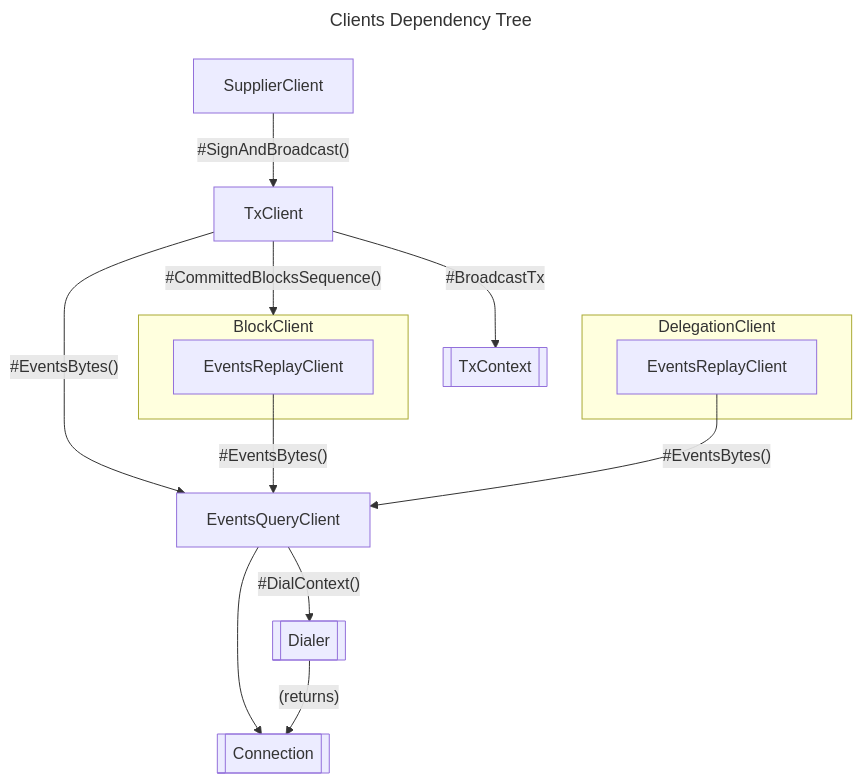
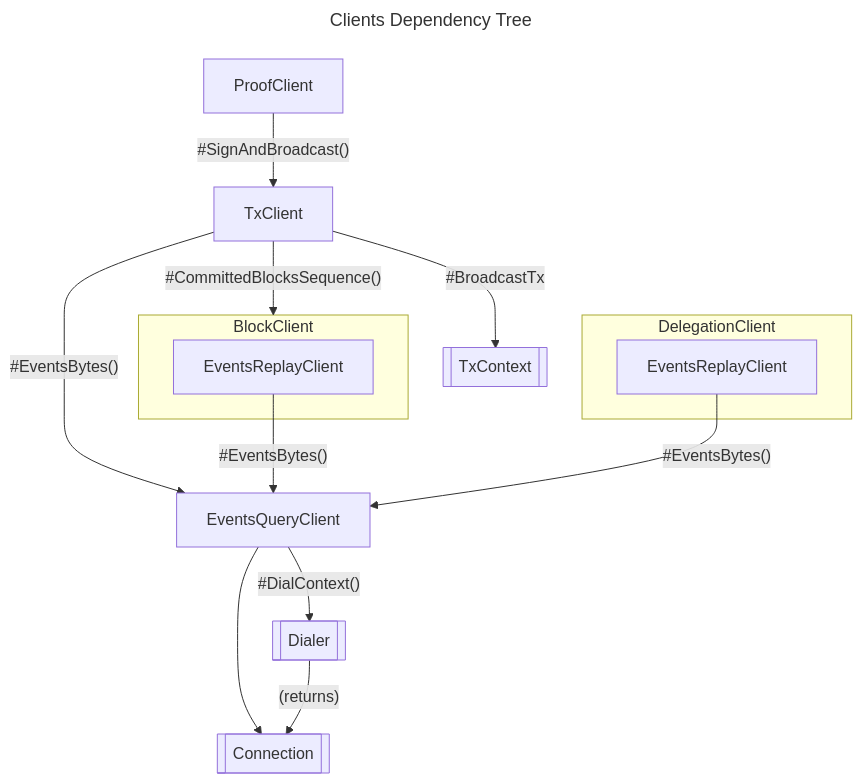
One commit to pokt-network/poktroll changed the second of 3 diagrams in docusaurus/docs/develop/packages/client_package.md. Above: the diagram before and after it, drawn with Mermaid. The commit also changed other lines of this file, not shown here.

Commit message:
docs: update client package docs

````diff
--- a/docusaurus/docs/develop/packages/client_package.md
+++ b/docusaurus/docs/develop/packages/client_package.md
@@ -60,27 +60,27 @@
 ```mermaid
 ---
 title: Clients Dependency Tree
 ---
 flowchart
-sup[SupplierClient]
+proof[ProofClient]
 tx[TxClient]
 txctx[[TxContext]]
 subgraph bl[BlockClient]
     bl_evt_replay[EventsReplayClient]
 end
 subgraph del[DelegationClient]
     del_evt_replay[EventsReplayClient]
 end
 evt[EventsQueryClient]
 conn[[Connection]]
 dial[[Dialer]]
-sup --"#SignAndBroadcast()"--> tx
+proof --"#SignAndBroadcast()"--> tx
 tx --"#CommittedBlocksSequence()"--> bl
 tx --"#BroadcastTx"--> txctx
 tx --"#EventsBytes()"--> evt
 bl_evt_replay --"#EventsBytes()"--> evt
 del_evt_replay --"#EventsBytes()"--> evt
 evt --> conn
 evt --"#DialContext()"--> dial
 dial --"(returns)"--> conn
 ```
````
